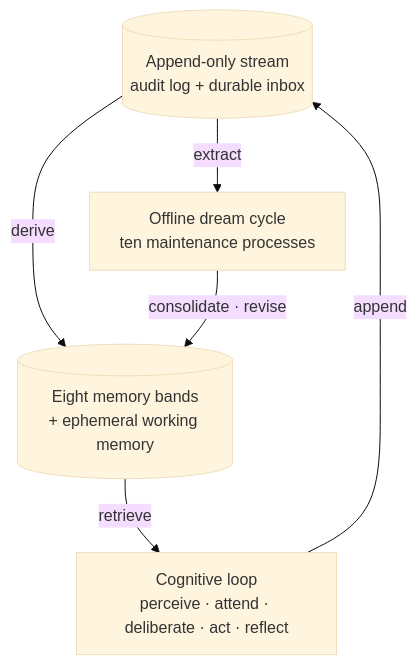
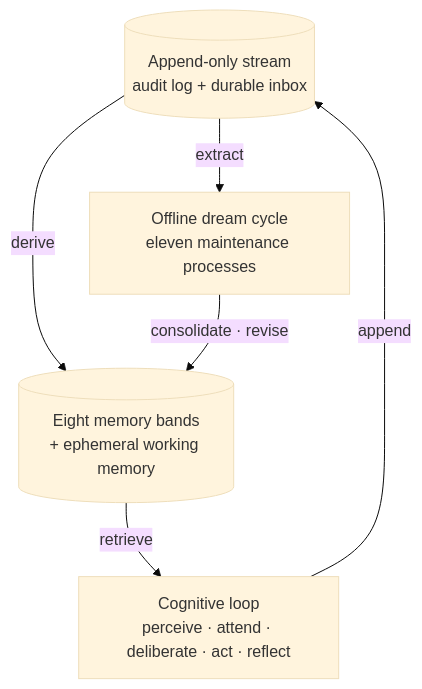
The diagram in README.md (TKasperczyk/borg), drawn with Mermaid (base theme) before and after one commit. The commit also changed 4 other files, not shown here.

````diff
--- a/README.md
+++ b/README.md
@@ -34,13 +34,13 @@
 ```mermaid
 flowchart TD
     Stream[("Append-only stream<br/>audit log + durable inbox")]
     Bands[("Eight memory bands<br/>+ ephemeral working memory")]
     Loop["Cognitive loop<br/>perceive · attend · deliberate · act · reflect"]
-    Dream["Offline dream cycle<br/>ten maintenance processes"]
+    Dream["Offline dream cycle<br/>eleven maintenance processes"]
 
     Stream -->|derive| Bands
     Bands -->|retrieve| Loop
     Loop -->|append| Stream
     Stream -->|extract| Dream
     Dream -->|consolidate · revise| Bands
 ```
````
